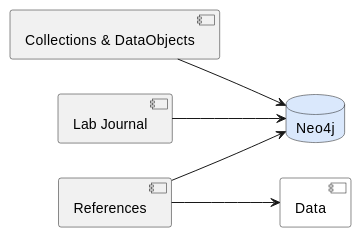
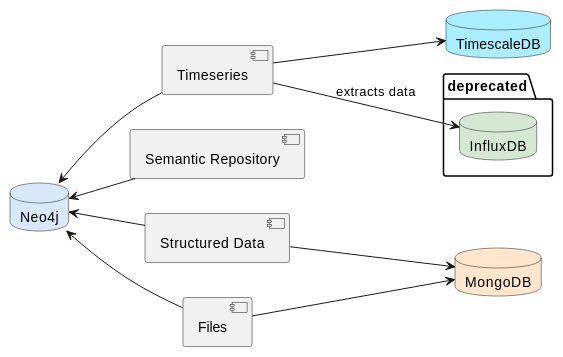
Before and after one commit to noheton/shepard: the third of 6 diagrams in architecture/src/05_building_block_view/index.adoc, drawn with PlantUML. The commit also changed other lines of this file and 14 other files, not shown here.

```diff
--- a/architecture/src/05_building_block_view/index.adoc
+++ b/architecture/src/05_building_block_view/index.adoc
@@ -132,21 +129,32 @@
 [plantuml, "{plantUMLDir}level-3-overview", png]
 ----
 @startuml Level 3 Overview
 left to right direction
 
-[Collections & DataObjects] as collections
-[Lab Journal] as labjournal
-[References] as references
+[Timeseries] as timeseries
+[Structured Data] as structureddata
+[Files] as files
+[Semantic Repository] as semantic
 
-[Data] as data #white
+package "deprecated" {
+  database "InfluxDB" as influxdb #D5E8D4
+}
 
 database "Neo4j" as neo4j #DAE8FC
+database "TimescaleDB" as timescaledb #AAEEFF
+database "MongoDB" as mongodb #FFE6CC
 
+timeseries --> influxdb: extracts data
 
-collections --> neo4j
-labjournal --> neo4j
-references --> neo4j
-references --> data
+neo4j <-- timeseries
+neo4j <-- structureddata
+neo4j <-- files
+neo4j <-- semantic
+timeseries --> timescaledb
+structureddata --> mongodb
+files --> mongodb
+
+timeseries -[hidden]> semantic
 
 @enduml
 ----
```
